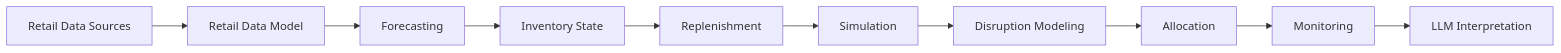
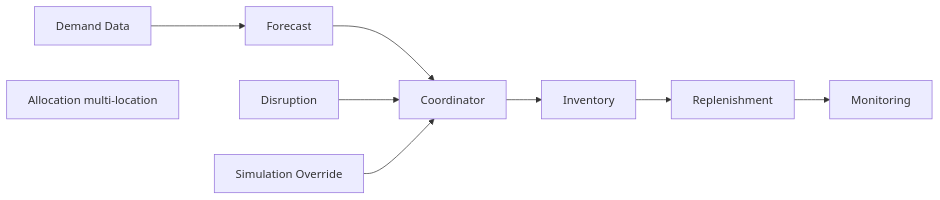
The second of 4 diagrams in projects/supply_chain_ai_lab/docs/architecture/02_system_architecture.md (Vafamehr/deterministic-llm-system), drawn with Mermaid before and after one commit. The commit also changed other lines of this file and 10 other files, not shown here.

````diff
--- a/projects/supply_chain_ai_lab/docs/architecture/02_system_architecture.md
+++ b/projects/supply_chain_ai_lab/docs/architecture/02_system_architecture.md
@@ -164,15 +39,13 @@
 ```mermaid
 flowchart LR
-    A[Retail Data Sources]
-    B[Retail Data Model]
-    C[Forecasting]
-    D[Inventory State]
-    E[Replenishment]
-    F[Simulation]
-    G[Disruption Modeling]
-    H[Allocation]
-    I[Monitoring]
-    J[LLM Interpretation]
+    A[Demand Data] --> B[Forecast]
+    B --> C[Coordinator]
+    C --> D[Inventory]
+    D --> E[Replenishment]
 
-    A --> B --> C --> D --> E --> F --> G --> H --> I --> J
+    F[Disruption] --> C
+    G[Simulation Override] --> C
+
+    E --> H[Monitoring]
+    I[Allocation multi-location]
 ```
````
